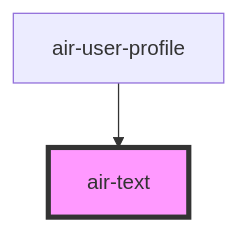
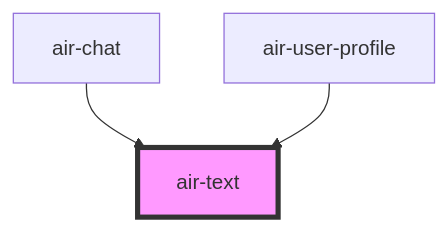
One commit to openwebstudio/AirUI changed the diagram in src/components/text/readme.md. Above: the diagram before and after it, drawn with Mermaid. The commit also changed other lines of this file and 27 other files, not shown here.

````diff
--- a/src/components/text/readme.md
+++ b/src/components/text/readme.md
@@ -28,5 +29,6 @@
 ```mermaid
 graph TD;
+  air-chat --> air-text
   air-user-profile --> air-text
   style air-text fill:#f9f,stroke:#333,stroke-width:4px
 ```
````
